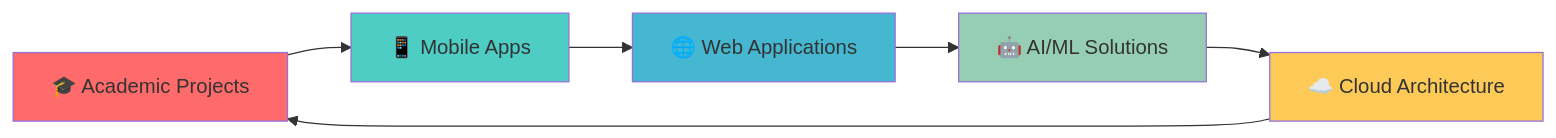
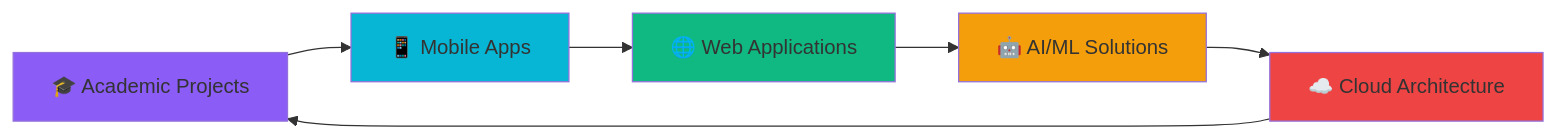
The diagram in README.md (codexshivam/codexshivam), drawn with Mermaid before and after one commit. The commit also changed other lines of this file, not shown here.

````diff
--- a/README.md
+++ b/README.md
@@ -215,14 +229,14 @@
 ```mermaid
 graph LR
     A[🎓 Academic Projects] --> B[📱 Mobile Apps]
     B --> C[🌐 Web Applications]
     C --> D[🤖 AI/ML Solutions]
     D --> E[☁️ Cloud Architecture]
     E --> A
     
-    style A fill:#ff6b6b
-    style B fill:#4ecdc4
-    style C fill:#45b7d1
-    style D fill:#96ceb4
-    style E fill:#feca57
+    style A fill:#8B5CF6
+    style B fill:#06B6D4
+    style C fill:#10B981
+    style D fill:#F59E0B
+    style E fill:#EF4444
 ```
````
